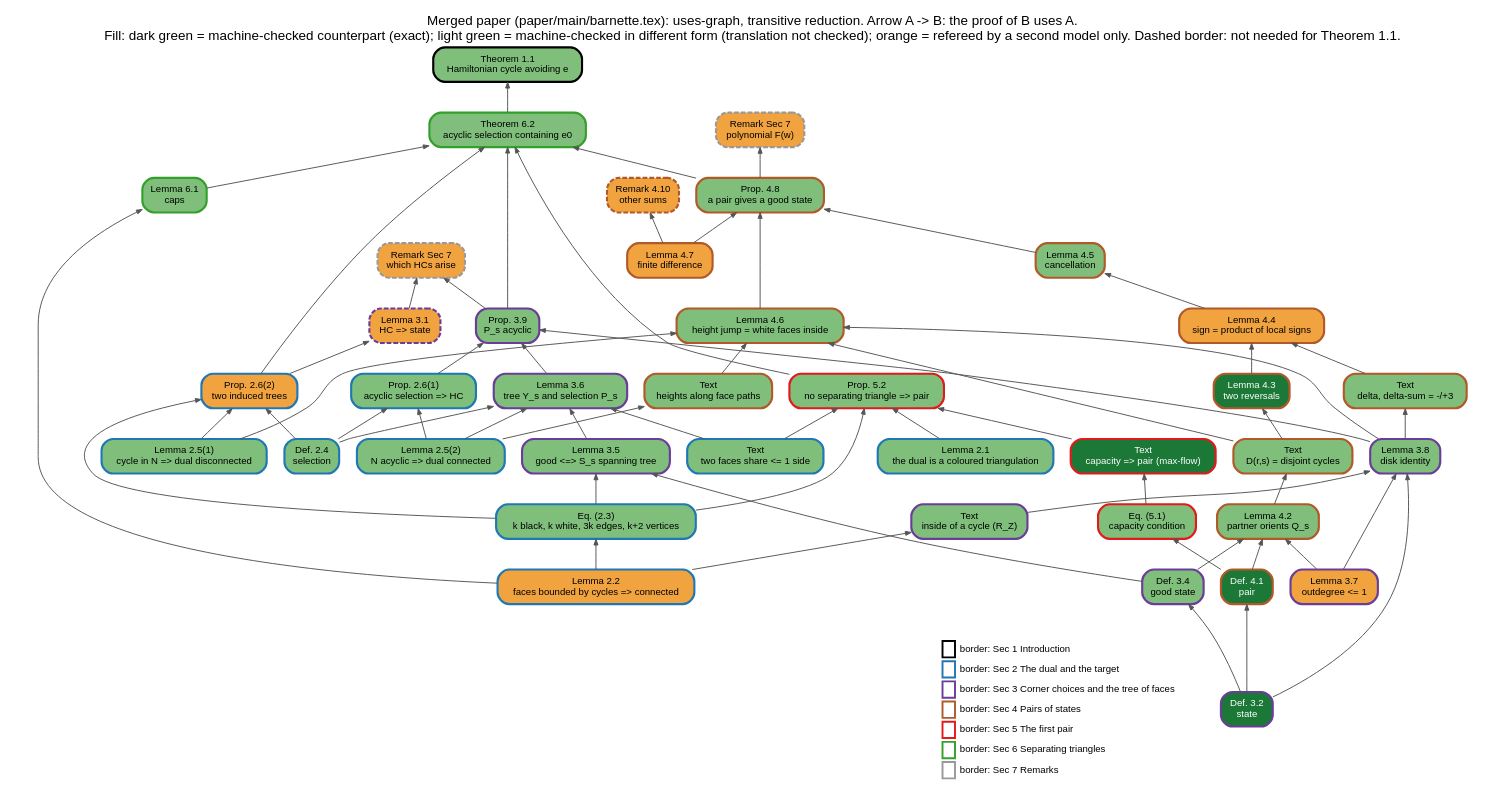
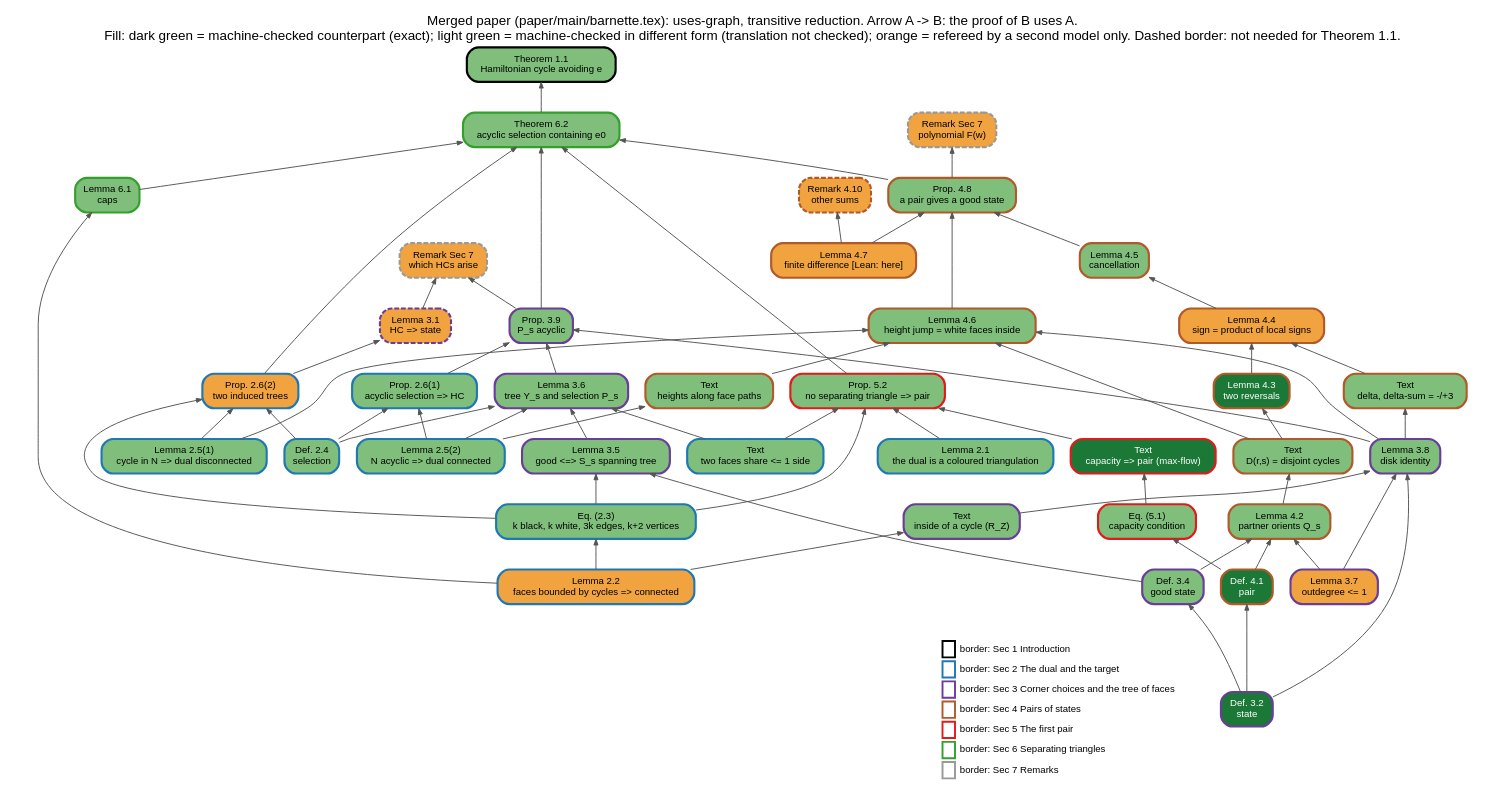
Before and after one commit to Tomodovodoo/mathathon-Barnette-s-Conjecture: the diagram in proofs/blueprint/blueprint.dot, drawn with Graphviz. The commit also changed 18 other files, not shown here.

```diff
--- a/proofs/blueprint/blueprint.dot
+++ b/proofs/blueprint/blueprint.dot
@@ -1,103 +1,103 @@
 digraph blueprint {
  rankdir=BT; newrank=true; nodesep=0.25; ranksep=0.45; splines=true;
  node [shape=box, style="rounded,filled", fontname="Helvetica", fontsize=10, margin="0.08,0.04"];
  edge [color="#555555", arrowsize=0.6];
  labelloc=t; fontname="Helvetica"; fontsize=14;
  label="Merged paper (paper/main/barnette.tex): uses-graph, transitive reduction. Arrow A -> B: the proof of B uses A.\nFill: dark green = machine-checked counterpart (exact); light green = machine-checked in different form (translation not checked); orange = refereed by a second model only. Dashed border: not needed for Theorem 1.1.";
  subgraph legend { rank=sink; node [shape=plaintext, style="", fontsize=10];
   lg [label=<<TABLE BORDER="0" CELLSPACING="2"><TR><TD BORDER="2" COLOR="#000000">  </TD><TD ALIGN="LEFT">border: Sec 1 Introduction</TD></TR><TR><TD BORDER="2" COLOR="#1f78b4">  </TD><TD ALIGN="LEFT">border: Sec 2 The dual and the target</TD></TR><TR><TD BORDER="2" COLOR="#6a3d9a">  </TD><TD ALIGN="LEFT">border: Sec 3 Corner choices and the tree of faces</TD></TR><TR><TD BORDER="2" COLOR="#b15928">  </TD><TD ALIGN="LEFT">border: Sec 4 Pairs of states</TD></TR><TR><TD BORDER="2" COLOR="#e31a1c">  </TD><TD ALIGN="LEFT">border: Sec 5 The first pair</TD></TR><TR><TD BORDER="2" COLOR="#33a02c">  </TD><TD ALIGN="LEFT">border: Sec 6 Separating triangles</TD></TR><TR><TD BORDER="2" COLOR="#999999">  </TD><TD ALIGN="LEFT">border: Sec 7 Remarks</TD></TR></TABLE>>]; }
  "thm:main" [label="Theorem 1.1\nHamiltonian cycle avoiding e", fillcolor="#7fbf7b", fontcolor="black", color="#000000", penwidth=2.2, style="rounded,filled"];
  "lem:dual" [label="Lemma 2.1\nthe dual is a coloured triangulation", fillcolor="#7fbf7b", fontcolor="black", color="#1f78b4", penwidth=2.2, style="rounded,filled"];
  "txt:two-faces" [label="Text \ntwo faces share <= 1 side", fillcolor="#7fbf7b", fontcolor="black", color="#1f78b4", penwidth=2.2, style="rounded,filled"];
  "lem:connected" [label="Lemma 2.2\nfaces bounded by cycles => connected", fillcolor="#f1a340", fontcolor="black", color="#1f78b4", penwidth=2.2, style="rounded,filled"];
  "eq:counts" [label="Eq. (2.3)\nk black, k white, 3k edges, k+2 vertices", fillcolor="#7fbf7b", fontcolor="black", color="#1f78b4", penwidth=2.2, style="rounded,filled"];
  "def:selection" [label="Def. 2.4\nselection", fillcolor="#7fbf7b", fontcolor="black", color="#1f78b4", penwidth=2.2, style="rounded,filled"];
  "lem:duality.1" [label="Lemma 2.5(1)\ncycle in N => dual disconnected", fillcolor="#7fbf7b", fontcolor="black", color="#1f78b4", penwidth=2.2, style="rounded,filled"];
  "lem:duality.2" [label="Lemma 2.5(2)\nN acyclic => dual connected", fillcolor="#7fbf7b", fontcolor="black", color="#1f78b4", penwidth=2.2, style="rounded,filled"];
  "prop:target.1" [label="Prop. 2.6(1)\nacyclic selection => HC", fillcolor="#7fbf7b", fontcolor="black", color="#1f78b4", penwidth=2.2, style="rounded,filled"];
  "prop:target.2" [label="Prop. 2.6(2)\ntwo induced trees", fillcolor="#f1a340", fontcolor="black", color="#1f78b4", penwidth=2.2, style="rounded,filled"];
  "lem:selections-give-states" [label="Lemma 3.1\nHC => state", fillcolor="#f1a340", fontcolor="black", color="#6a3d9a", penwidth=2.2, style="rounded,filled,dashed"];
  "def:state" [label="Def. 3.2\nstate", fillcolor="#1b7837", fontcolor="white", color="#6a3d9a", penwidth=2.2, style="rounded,filled"];
  "def:good" [label="Def. 3.4\ngood state", fillcolor="#7fbf7b", fontcolor="black", color="#6a3d9a", penwidth=2.2, style="rounded,filled"];
  "lem:good" [label="Lemma 3.5\ngood <=> S_s spanning tree", fillcolor="#7fbf7b", fontcolor="black", color="#6a3d9a", penwidth=2.2, style="rounded,filled"];
  "lem:Y" [label="Lemma 3.6\ntree Y_s and selection P_s", fillcolor="#7fbf7b", fontcolor="black", color="#6a3d9a", penwidth=2.2, style="rounded,filled"];
  "lem:outdegree" [label="Lemma 3.7\noutdegree <= 1", fillcolor="#f1a340", fontcolor="black", color="#6a3d9a", penwidth=2.2, style="rounded,filled"];
  "txt:inside" [label="Text \ninside of a cycle (R_Z)", fillcolor="#7fbf7b", fontcolor="black", color="#6a3d9a", penwidth=2.2, style="rounded,filled"];
  "lem:disk" [label="Lemma 3.8\ndisk identity", fillcolor="#7fbf7b", fontcolor="black", color="#6a3d9a", penwidth=2.2, style="rounded,filled"];
  "prop:recover" [label="Prop. 3.9\nP_s acyclic", fillcolor="#7fbf7b", fontcolor="black", color="#6a3d9a", penwidth=2.2, style="rounded,filled"];
  "def:pair" [label="Def. 4.1\npair", fillcolor="#1b7837", fontcolor="white", color="#b15928", penwidth=2.2, style="rounded,filled"];
  "lem:partner" [label="Lemma 4.2\npartner orients Q_s", fillcolor="#7fbf7b", fontcolor="black", color="#b15928", penwidth=2.2, style="rounded,filled"];
  "txt:D" [label="Text \nD(r,s) = disjoint cycles", fillcolor="#7fbf7b", fontcolor="black", color="#b15928", penwidth=2.2, style="rounded,filled"];
  "lem:reversals" [label="Lemma 4.3\ntwo reversals", fillcolor="#1b7837", fontcolor="white", color="#b15928", penwidth=2.2, style="rounded,filled"];
  "txt:delta" [label="Text \ndelta, delta-sum = -/+3", fillcolor="#7fbf7b", fontcolor="black", color="#b15928", penwidth=2.2, style="rounded,filled"];
  "lem:sign" [label="Lemma 4.4\nsign = product of local signs", fillcolor="#f1a340", fontcolor="black", color="#b15928", penwidth=2.2, style="rounded,filled"];
  "lem:cancel" [label="Lemma 4.5\ncancellation", fillcolor="#7fbf7b", fontcolor="black", color="#b15928", penwidth=2.2, style="rounded,filled"];
  "txt:heights" [label="Text \nheights along face paths", fillcolor="#7fbf7b", fontcolor="black", color="#b15928", penwidth=2.2, style="rounded,filled"];
  "lem:height" [label="Lemma 4.6\nheight jump = white faces inside", fillcolor="#7fbf7b", fontcolor="black", color="#b15928", penwidth=2.2, style="rounded,filled"];
- "lem:difference" [label="Lemma 4.7\nfinite difference", fillcolor="#f1a340", fontcolor="black", color="#b15928", penwidth=2.2, style="rounded,filled"];
+ "lem:difference" [label="Lemma 4.7\nfinite difference [Lean: here]", fillcolor="#f1a340", fontcolor="black", color="#b15928", penwidth=2.2, style="rounded,filled"];
  "prop:good" [label="Prop. 4.8\na pair gives a good state", fillcolor="#7fbf7b", fontcolor="black", color="#b15928", penwidth=2.2, style="rounded,filled"];
  "rem:other-sums" [label="Remark 4.10\nother sums", fillcolor="#f1a340", fontcolor="black", color="#b15928", penwidth=2.2, style="rounded,filled,dashed"];
  "txt:flow" [label="Text \ncapacity => pair (max-flow)", fillcolor="#1b7837", fontcolor="white", color="#e31a1c", penwidth=2.2, style="rounded,filled"];
  "eq:hall" [label="Eq. (5.1)\ncapacity condition", fillcolor="#7fbf7b", fontcolor="black", color="#e31a1c", penwidth=2.2, style="rounded,filled"];
  "prop:pair" [label="Prop. 5.2\nno separating triangle => pair", fillcolor="#7fbf7b", fontcolor="black", color="#e31a1c", penwidth=2.2, style="rounded,filled"];
  "lem:cap" [label="Lemma 6.1\ncaps", fillcolor="#7fbf7b", fontcolor="black", color="#33a02c", penwidth=2.2, style="rounded,filled"];
  "thm:T" [label="Theorem 6.2\nacyclic selection containing e0", fillcolor="#7fbf7b", fontcolor="black", color="#33a02c", penwidth=2.2, style="rounded,filled"];
  "rem:which" [label="Remark Sec 7\nwhich HCs arise", fillcolor="#f1a340", fontcolor="black", color="#999999", penwidth=2.2, style="rounded,filled,dashed"];
  "rem:poly" [label="Remark Sec 7\npolynomial F(w)", fillcolor="#f1a340", fontcolor="black", color="#999999", penwidth=2.2, style="rounded,filled,dashed"];
  "thm:T" -> "thm:main";
  "lem:connected" -> "eq:counts";
  "lem:duality.2" -> "prop:target.1";
  "def:selection" -> "prop:target.1";
  "lem:duality.1" -> "prop:target.2";
  "eq:counts" -> "prop:target.2";
  "def:selection" -> "prop:target.2";
  "prop:target.2" -> "lem:selections-give-states";
  "def:state" -> "def:good";
  "eq:counts" -> "lem:good";
  "def:good" -> "lem:good";
  "lem:good" -> "lem:Y";
  "lem:duality.2" -> "lem:Y";
  "txt:two-faces" -> "lem:Y";
  "def:selection" -> "lem:Y";
  "txt:inside" -> "lem:disk";
  "lem:outdegree" -> "lem:disk";
  "def:state" -> "lem:disk";
  "lem:Y" -> "prop:recover";
  "lem:disk" -> "prop:recover";
  "prop:target.1" -> "prop:recover";
  "def:state" -> "def:pair";
  "lem:outdegree" -> "lem:partner";
  "def:pair" -> "lem:partner";
  "def:good" -> "lem:partner";
  "txt:D" -> "lem:reversals";
  "lem:reversals" -> "lem:sign";
  "txt:delta" -> "lem:sign";
  "lem:sign" -> "lem:cancel";
  "txt:heights" -> "lem:height";
  "txt:D" -> "lem:height";
  "lem:duality.1" -> "lem:height";
  "lem:disk" -> "lem:height";
  "lem:cancel" -> "prop:good";
  "lem:height" -> "prop:good";
  "lem:difference" -> "prop:good";
  "lem:difference" -> "rem:other-sums";
  "def:pair" -> "eq:hall";
  "txt:flow" -> "prop:pair";
  "eq:counts" -> "prop:pair";
  "txt:two-faces" -> "prop:pair";
  "lem:dual" -> "prop:pair";
  "lem:connected" -> "lem:cap";
  "prop:pair" -> "thm:T";
  "prop:good" -> "thm:T";
  "prop:recover" -> "thm:T";
  "lem:cap" -> "thm:T";
  "prop:target.2" -> "thm:T";
  "lem:connected" -> "txt:inside";
  "lem:partner" -> "txt:D";
  "lem:disk" -> "txt:delta";
  "lem:duality.2" -> "txt:heights";
  "eq:hall" -> "txt:flow";
  "lem:selections-give-states" -> "rem:which";
  "prop:recover" -> "rem:which";
  "prop:good" -> "rem:poly";
 }
```
